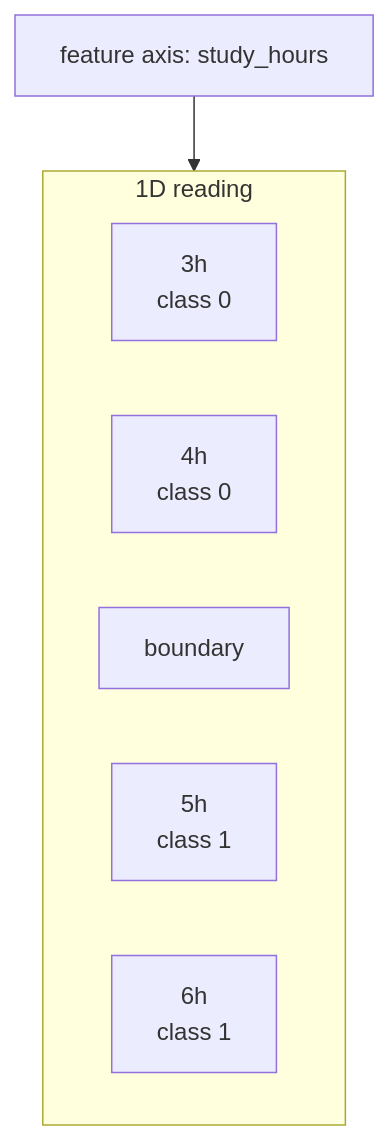
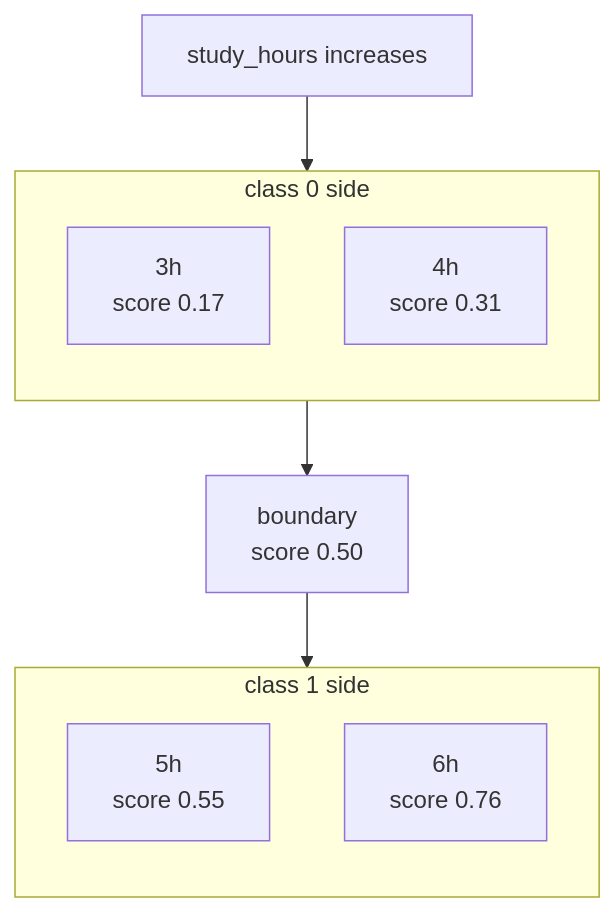
One commit to devchan64/AiBook changed the first of 4 diagrams in docs/parts/part-04/chapter-11/section-02.md. Above: the diagram before and after it, drawn with Mermaid. The commit also changed other lines of this file and 14 other files, not shown here.

````diff
--- a/docs/parts/part-04/chapter-11/section-02.md
+++ b/docs/parts/part-04/chapter-11/section-02.md
@@ -133,14 +133,21 @@
 ```mermaid
 flowchart TD
-  T["feature axis: study_hours"]
-  T --> A
+  A["study_hours increases"]
 
-  subgraph A["1D reading"]
-    direction LR
-    L1["3h<br/>class 0"]
-    L2["4h<br/>class 0"]
-    B["boundary"]
-    R1["5h<br/>class 1"]
-    R2["6h<br/>class 1"]
+  subgraph L["class 0 side"]
+    direction TB
+    L1["3h<br/>score 0.17"]
+    L2["4h<br/>score 0.31"]
   end
+
+  B["boundary<br/>score 0.50"]
+
+  subgraph R["class 1 side"]
+    direction TB
+    R1["5h<br/>score 0.55"]
+    R2["6h<br/>score 0.76"]
+  end
+
+  A --> L
+  L --> B --> R
 ```
````
